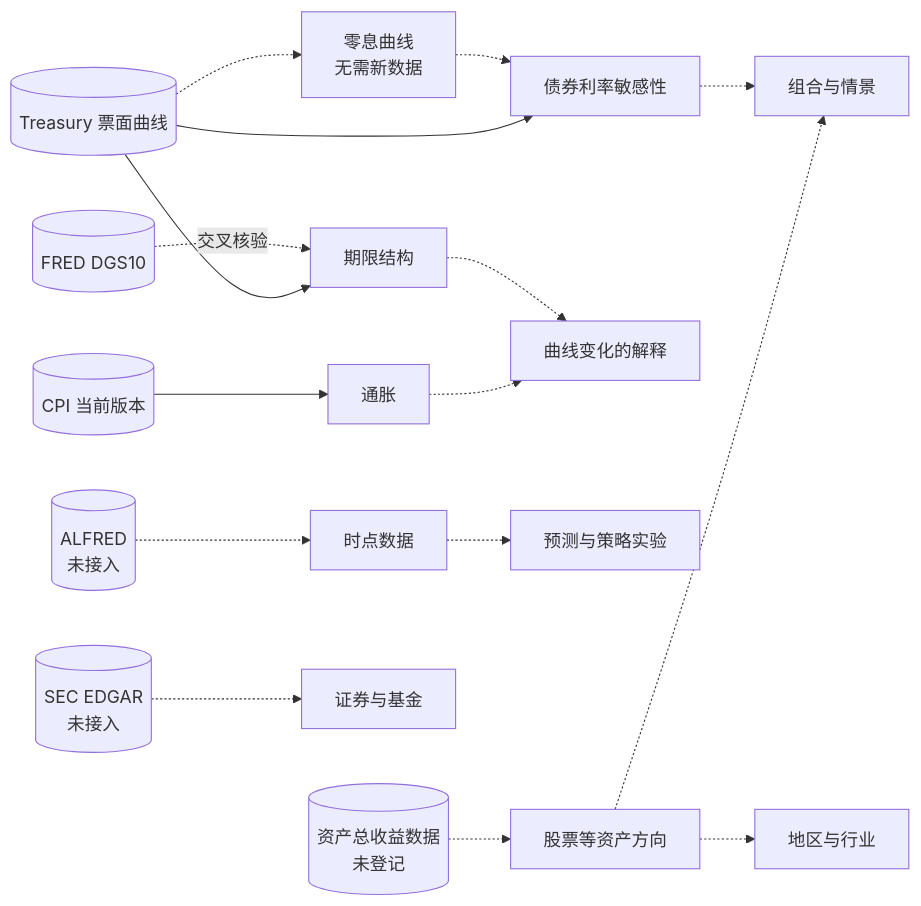
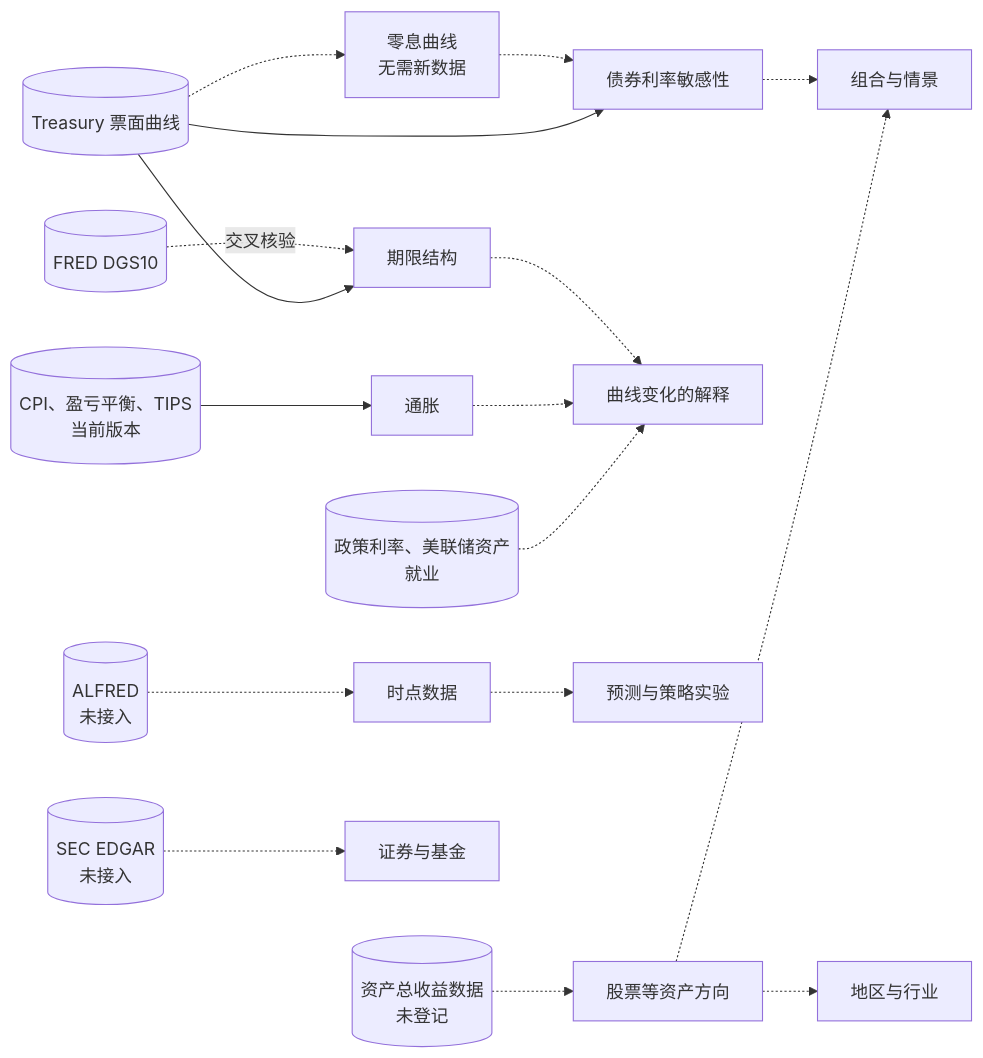
Before and after one commit to werneryang/investment-research-os: the diagram in docs/research-map.md, drawn with Mermaid. The commit also changed other lines of this file and 11 other files, not shown here.

````diff
--- a/docs/research-map.md
+++ b/docs/research-map.md
@@ -85,18 +85,19 @@
 ```mermaid
 flowchart LR
   UST[(Treasury 票面曲线)] --> TS[期限结构]
   UST --> BR[债券利率敏感性]
   DGS10[(FRED DGS10)] -. 交叉核验 .-> TS
-  CPI[(CPI 当前版本)] --> INF[通胀]
+  CPI[(CPI、盈亏平衡、TIPS<br/>当前版本)] --> INF[通胀]
+  POL[(政策利率、美联储资产<br/>就业)] -.-> EXP
   UST -.-> ZC[零息曲线<br/>无需新数据]
   ZC -.-> BR
   INF -.-> EXP[曲线变化的解释]
   TS -.-> EXP
   ALF[(ALFRED<br/>未接入)] -.-> PIT[时点数据]
   PIT -.-> FC[预测与策略实验]
   TR[(资产总收益数据<br/>未登记)] -.-> EQ[股票等资产方向]
   EQ -.-> PF[组合与情景]
   BR -.-> PF
   EQ -.-> IND[地区与行业]
   EDGAR[(SEC EDGAR<br/>未接入)] -.-> SEC[证券与基金]
 ```
````
